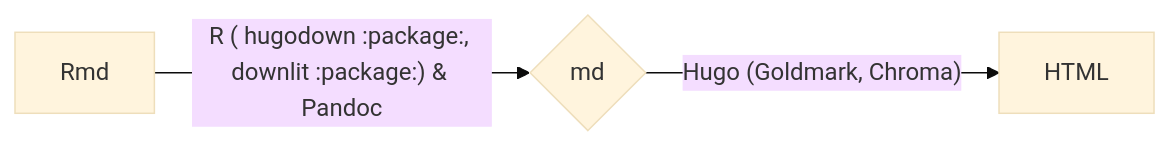
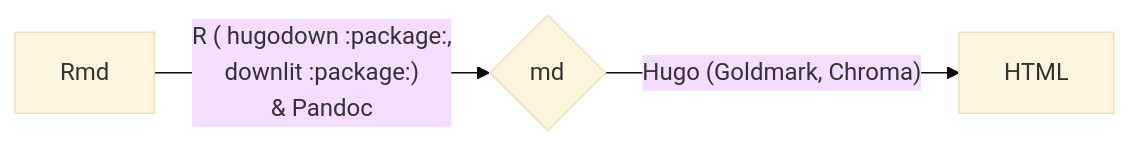
The diagram in content/hugo/slides/index.en.md (maelle/rmd-blogging-course), drawn with Mermaid (base theme) before and after one commit. The commit also changed other lines of this file and 3 other files, not shown here.

Commit message:
diagrams

```diff
--- a/content/hugo/slides/index.en.md
+++ b/content/hugo/slides/index.en.md
@@ -47,5 +47,5 @@
 {{<mermaid align="left">}}
 graph LR;
-    A[Rmd] --> |"R ( hugodown :package:, downlit :package:) & Pandoc"| B{md}
+    A[Rmd] --> |"R ( hugodown :package:, </br> downlit :package:) </br> & Pandoc"| B{md}
     B --> |"Hugo (Goldmark, Chroma)"| C[HTML]
 {{< /mermaid >}}
```
